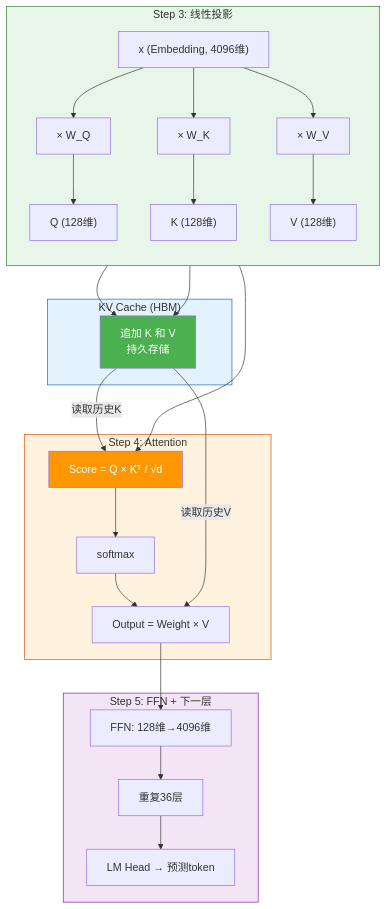
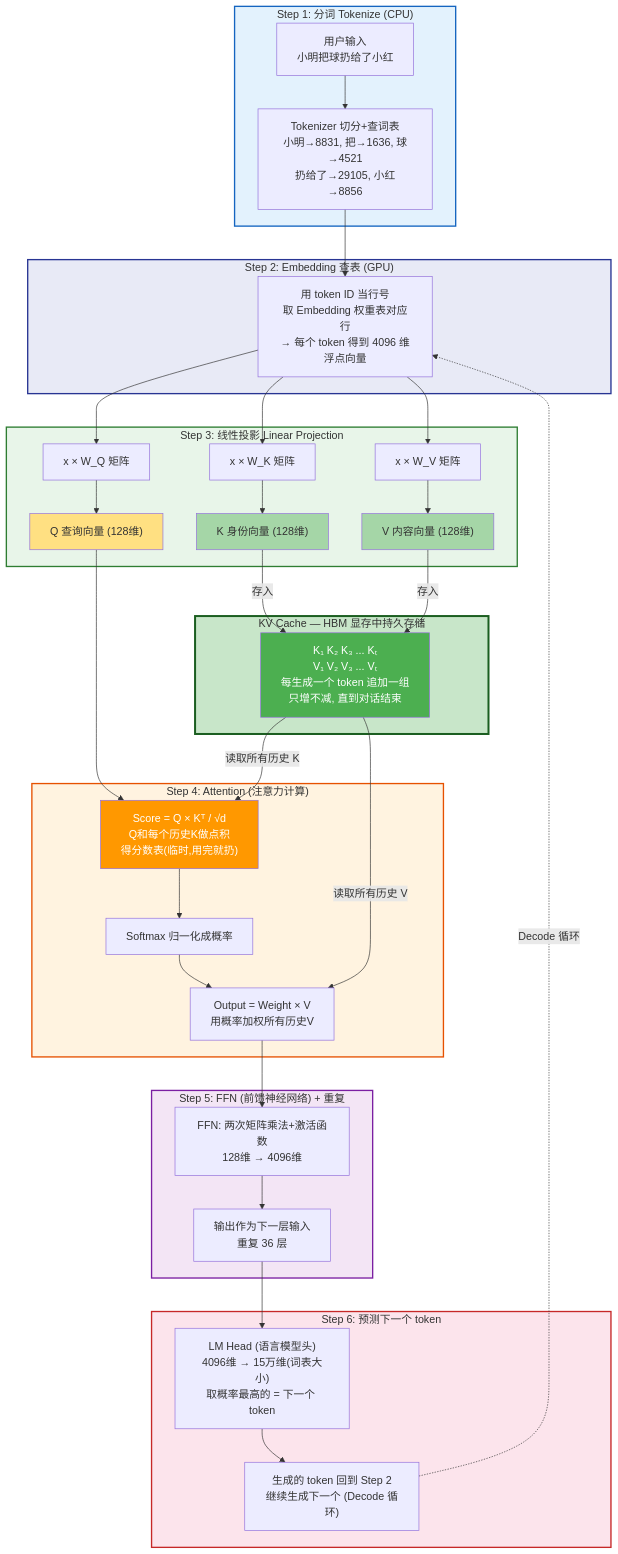
Before and after one commit to david-xinyuwei/david-share: the diagram in Deep-Learning/KV-Cache-Deep-Dive/README-CN.md, drawn with Mermaid. The commit also changed other lines of this file and 1 other file, not shown here.

Commit message:
Replace Step3-5 diagram with full Step1-6 pipeline, add annotations

````diff
--- a/Deep-Learning/KV-Cache-Deep-Dive/README-CN.md
+++ b/Deep-Learning/KV-Cache-Deep-Dive/README-CN.md
@@ -87,39 +87,62 @@
 ```mermaid
 graph TD
-    subgraph STEP3["Step 3: 线性投影"]
-        direction TB
-        X["x (Embedding, 4096维)"]
-        WQ["× W_Q"] --> Q["Q (128维)"]
-        WK["× W_K"] --> K["K (128维)"]
-        WV["× W_V"] --> V["V (128维)"]
-        X --> WQ
-        X --> WK
-        X --> WV
+    subgraph STEP1["Step 1: 分词 Tokenize (CPU)"]
+        INPUT["用户输入<br/>小明把球扔给了小红"] --> TOK["Tokenizer 切分+查词表<br/>小明→8831, 把→1636, 球→4521<br/>扔给了→29105, 小红→8856"]
     end
 
-    subgraph STORE["KV Cache (HBM)"]
-        KC["追加 K 和 V<br/>持久存储"]
+    subgraph STEP2["Step 2: Embedding 查表 (GPU)"]
+        TOK --> EMB["用 token ID 当行号<br/>取 Embedding 权重表对应行<br/>→ 每个 token 得到 4096 维浮点向量"]
     end
 
-    subgraph STEP4["Step 4: Attention"]
-        SCORE["Score = Q × Kᵀ / √d"] --> SOFT["softmax"] --> OUT["Output = Weight × V"]
+    subgraph STEP3["Step 3: 线性投影 Linear Projection"]
+        EMB --> WQ["x × W_Q 矩阵"]
+        EMB --> WK["x × W_K 矩阵"]
+        EMB --> WV["x × W_V 矩阵"]
+        WQ --> Q["Q 查询向量 (128维)"]
+        WK --> K["K 身份向量 (128维)"]
+        WV --> V["V 内容向量 (128维)"]
     end
 
-    subgraph STEP5["Step 5: FFN + 下一层"]
-        FFN["FFN: 128维→4096维"] --> NEXT["重复36层"] --> PREDICT["LM Head → 预测token"]
+    subgraph CACHE_ZONE["KV Cache — HBM 显存中持久存储"]
+        KC["K₁ K₂ K₃ ... Kₜ<br/>V₁ V₂ V₃ ... Vₜ<br/>每生成一个 token 追加一组<br/>只增不减, 直到对话结束"]
     end
 
-    K --> KC
-    V --> KC
+    subgraph STEP4["Step 4: Attention (注意力计算)"]
+        SCORE["Score = Q × Kᵀ / √d<br/>Q和每个历史K做点积<br/>得分数表(临时,用完就扔)"]
+        SOFT["Softmax 归一化成概率"]
+        OUT["Output = Weight × V<br/>用概率加权所有历史V"]
+        SCORE --> SOFT --> OUT
+    end
+
+    subgraph STEP5["Step 5: FFN (前馈神经网络) + 重复"]
+        FFN["FFN: 两次矩阵乘法+激活函数<br/>128维 → 4096维"]
+        NEXT["输出作为下一层输入<br/>重复 36 层"]
+    end
+
+    subgraph STEP6["Step 6: 预测下一个 token"]
+        PREDICT["LM Head (语言模型头)<br/>4096维 → 15万维(词表大小)<br/>取概率最高的 = 下一个 token"]
+        LOOP["生成的 token 回到 Step 2<br/>继续生成下一个 (Decode 循环)"]
+    end
+
+    K -->|"存入"| KC
+    V -->|"存入"| KC
     Q --> SCORE
-    KC -->|"读取历史K"| SCORE
-    KC -->|"读取历史V"| OUT
-    OUT --> FFN
+    KC -->|"读取所有历史 K"| SCORE
+    KC -->|"读取所有历史 V"| OUT
+    OUT --> FFN --> NEXT
+    NEXT --> PREDICT --> LOOP
+    LOOP -.->|"Decode 循环"| EMB
 
-    style STEP3 fill:#E8F5E9,stroke:#2E7D32
-    style STORE fill:#E3F2FD,stroke:#1565C0
-    style STEP4 fill:#FFF3E0,stroke:#E65100
-    style STEP5 fill:#F3E5F5,stroke:#7B1FA2
+    style STEP1 fill:#E3F2FD,stroke:#1565C0,stroke-width:2px
+    style STEP2 fill:#E8EAF6,stroke:#283593,stroke-width:2px
+    style STEP3 fill:#E8F5E9,stroke:#2E7D32,stroke-width:2px
+    style CACHE_ZONE fill:#C8E6C9,stroke:#1B5E20,stroke-width:3px
+    style STEP4 fill:#FFF3E0,stroke:#E65100,stroke-width:2px
+    style STEP5 fill:#F3E5F5,stroke:#7B1FA2,stroke-width:2px
+    style STEP6 fill:#FCE4EC,stroke:#C62828,stroke-width:2px
     style KC fill:#4CAF50,color:#fff
     style SCORE fill:#FF9800,color:#fff
+    style Q fill:#FFE082
+    style K fill:#A5D6A7
+    style V fill:#A5D6A7
 ```
````
